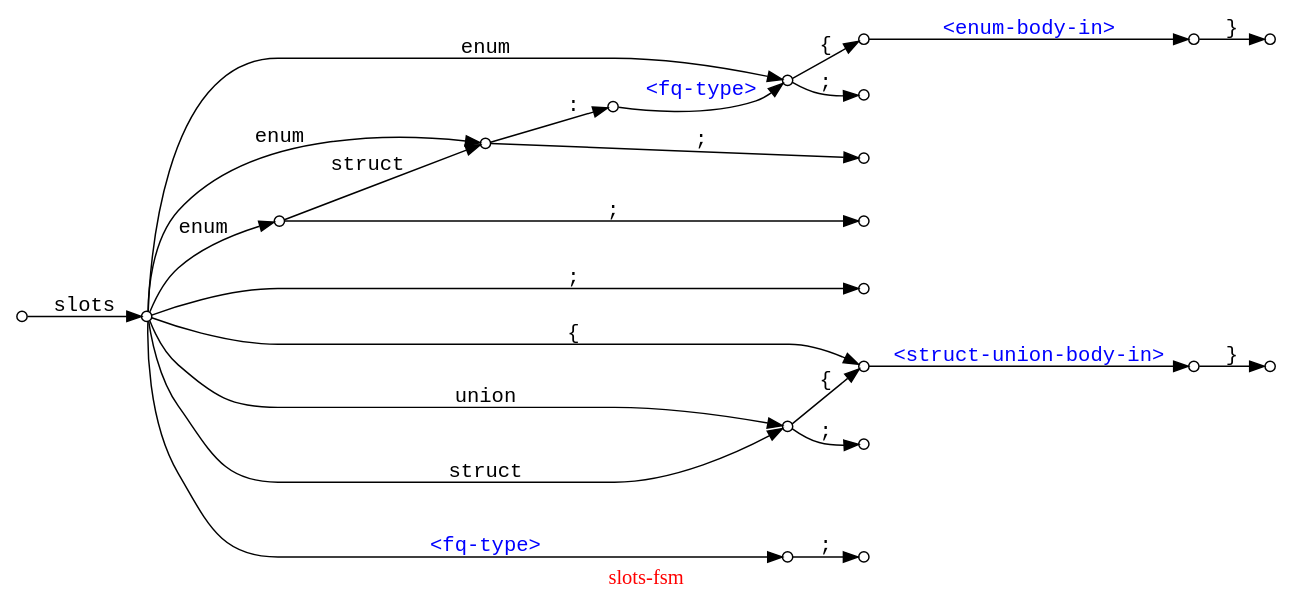
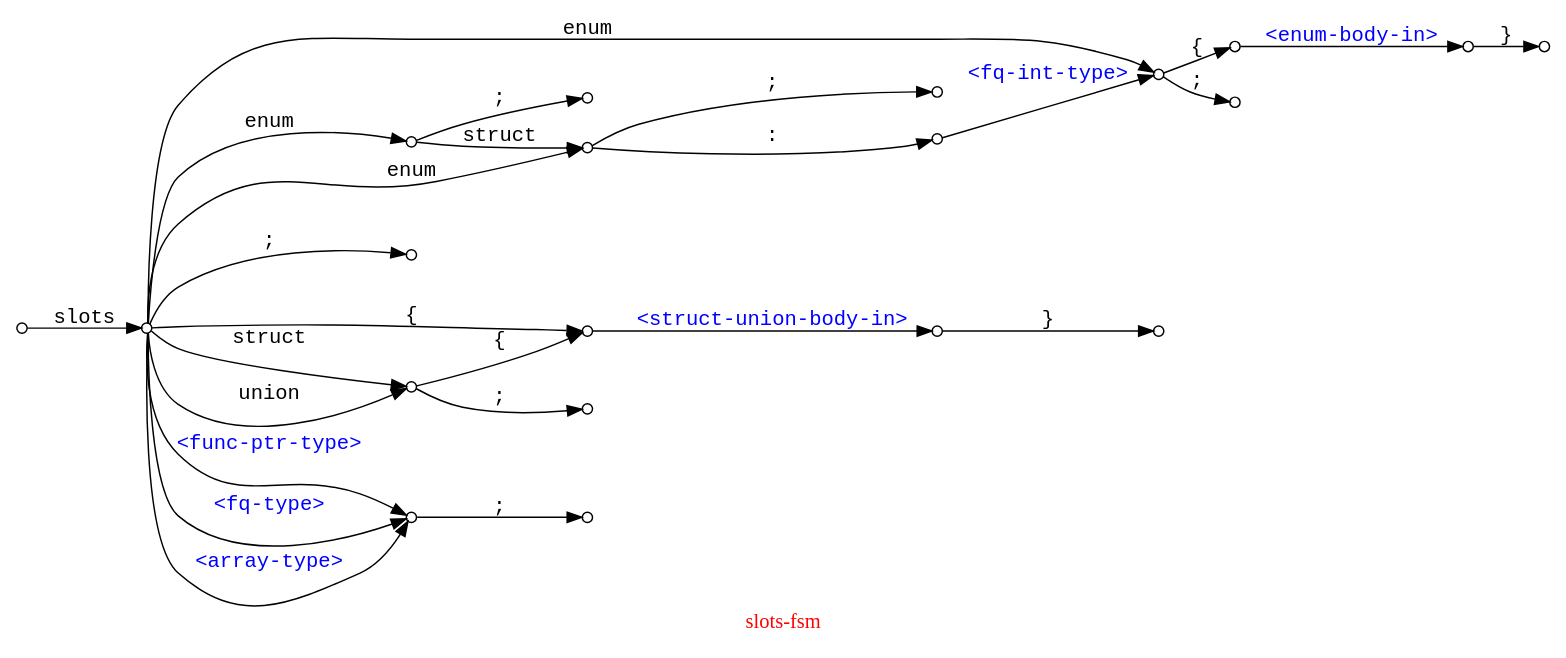
The diagram in slots-fsm.dot (Ayyzee/dakota), drawn with Graphviz before and after one commit.

```diff
--- a/slots-fsm.dot
+++ b/slots-fsm.dot
@@ -1,68 +1,79 @@
 // -*- mode: c++ -*-
 
-// slots <fq-type> ;
+// slots                  ;
+// slots               <> ;
+// slots                  { ... }
 
-// slots        ;
-// slots        { ... }
-// slots struct ;
-// slots struct { ... }
-// slots union  ;
-// slots union  { ... }
+// slots struct           ;
+// slots struct        <> ;
+// slots struct           { ... }
 
-// slots enum                    ;
-// slots enum                    { ... }
-// slots enum        : <fq-type> ;
-// slots enum        : <fq-type> { ... }
-// slots enum struct             ;
-// slots enum struct             { ... }
-// slots enum struct : <fq-type> ;
-// slots enum struct : <fq-type> { ... }
+// slots union            ;
+// slots union         <> ;
+// slots union            { ... }
+
+// slots enum             ;
+// slots enum          <> ;
+// slots enum             { ... }
+// slots enum        : <> ;
+// slots enum        : <> { ... }
+
+// slots enum struct      ;
+// slots enum struct   <> ;
+// slots enum struct      { ... }
+// slots enum struct : <> ;
+// slots enum struct : <> { ... }
+
+// slots <array-type>     ;
+// slots <func-ptr-type>  ;
 
 digraph "slots-fsm" {
   graph [ rankdir = LR, label = "\G", fontcolor = red ];
   edge [ fontname = "courier" ];
   node [ shape = circle, fontsize = 12, width = 0.3, fixedsize = true ];
   node [ label = "", width = 0.1 ];
 
   000 -> 010 [ label = "slots" ];
   010 -> 020 [ label = "enum" ];
   010 -> 030 [ label = "enum" ];
   010 -> 050 [ label = "enum" ];
   020 -> 030 [ label = "struct" ];
   010 -> 015 [ label = ";" ];
   020 -> 025 [ label = ";" ];
   030 -> 040 [ label = ":" ];
   030 -> 035 [ label = ";" ];
-  040 -> 050 [ label = "<fq-type>", fontcolor = blue ];
+  040 -> 050 [ label = "<fq-int-type>", fontcolor = blue ];
   050 -> 060 [ label = "{" ];
   050 -> 055 [ label = ";" ];
   060 -> 070 [ label = "<enum-body-in>", fontcolor = blue ];
   070 -> 080 [ label = "}" ];
 
   010 -> 100 [ label = "union" ];
   010 -> 100 [ label = "struct" ];
   010 -> 110 [ label = "{" ];
   100 -> 110 [ label = "{" ];
   100 -> 105 [ label = ";" ];
   110 -> 120 [ label = "<struct-union-body-in>", fontcolor = blue ];
   120 -> 130 [ label = "}" ];
 
   010 -> 140 [ label = "<fq-type>", fontcolor = blue ];
+  010 -> 140 [ label = "<array-type>", fontcolor = blue ];
+  010 -> 140 [ label = "<func-ptr-type>", fontcolor = blue ];
   140 -> 145 [ label = ";" ];
 
-  subgraph {
-    graph [ rank = same ];
-    050;
-    100;
-    140;
-  }
-  subgraph {
-    graph [ rank = same ];
-    015;
-    025;
-    035;
-    055;
-    105;
-    145;
-  }
+//   subgraph {
+//     graph [ rank = same ];
+//     050;
+//     100;
+//     140;
+//   }
+//   subgraph {
+//     graph [ rank = same ];
+//     015;
+//     025;
+//     035;
+//     055;
+//     105;
+//     145;
+//   }
 }
```
